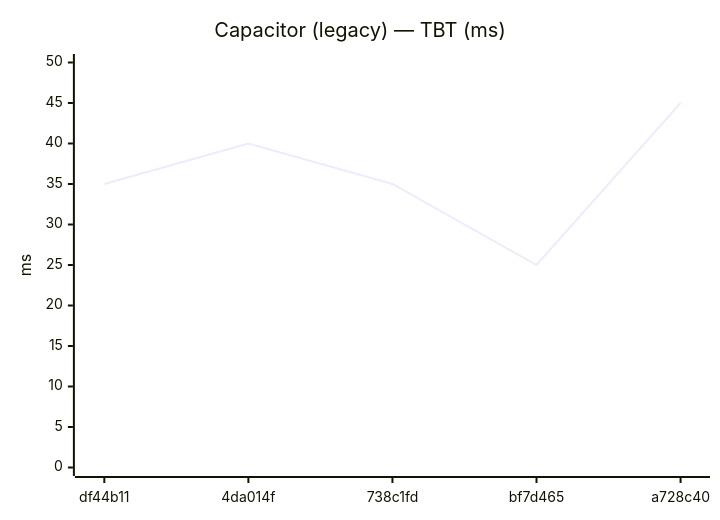
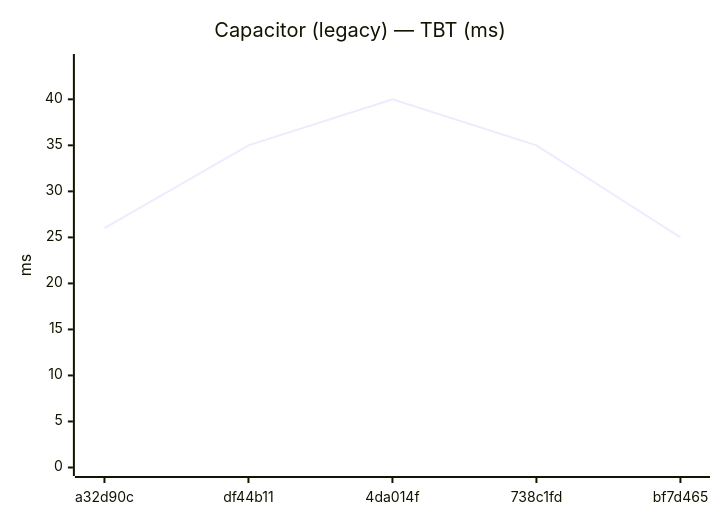
One commit to Metaheurist/Rianell changed diagram 14 of 24 in benchmarks/compare.md. Above: the diagram before and after it, drawn with Mermaid. The commit also changed other lines of this file and 12 other files, not shown here.

````diff
--- a/benchmarks/compare.md
+++ b/benchmarks/compare.md
@@ -201,7 +201,7 @@
 ```mermaid
 xychart-beta
     title "Capacitor (legacy) — TBT (ms)"
-    x-axis ["df44b11", "4da014f", "738c1fd", "bf7d465", "a728c40"]
-    y-axis "ms" 0 --> 50
-    line [35, 40, 35, 25, 45]
+    x-axis ["a32d90c", "df44b11", "4da014f", "738c1fd", "bf7d465"]
+    y-axis "ms" 0 --> 44
+    line [26, 35, 40, 35, 25]
 ```
````
